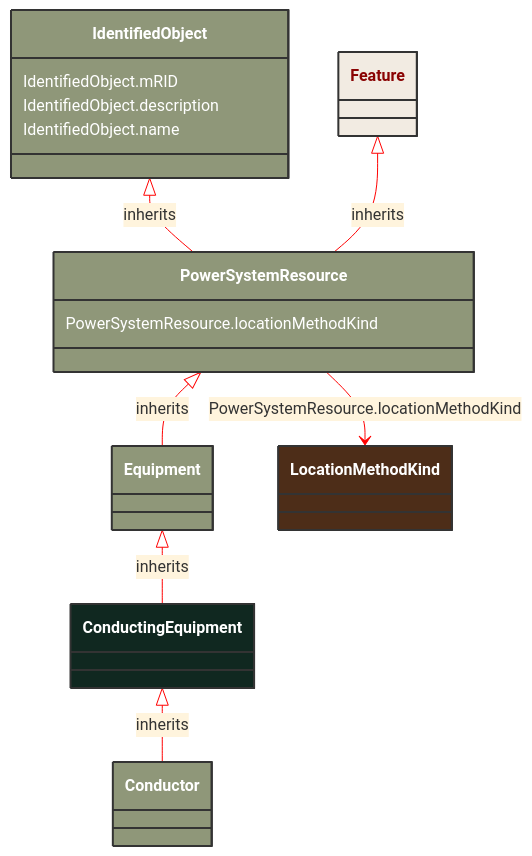
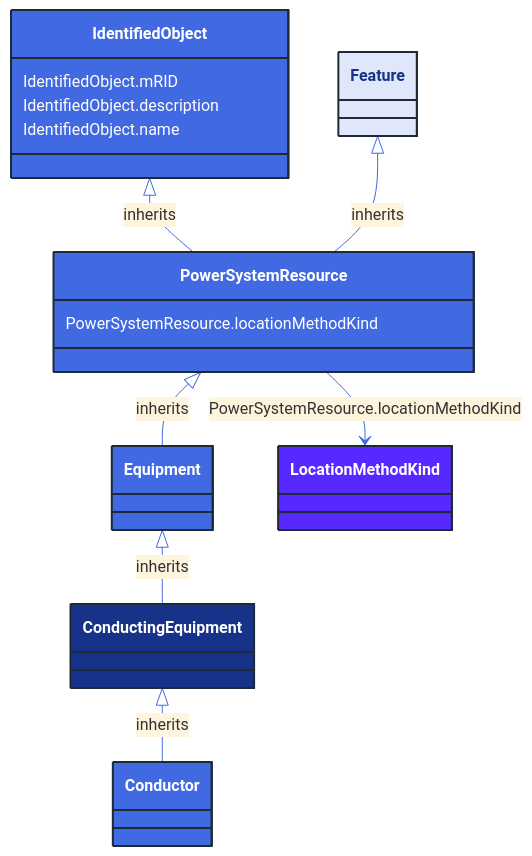
One commit to 3lbits/NoCIMExtensions changed the diagram in docs/Models/Profiles/AviationObstacle/AbstractClasses/ConductingEquipment.md. Above: the diagram before and after it, drawn with Mermaid. The commit also changed 362 other files, not shown here.

First line of the commit message:
Update diagrams and styles for improved visual consistency

````diff
--- a/docs/Models/Profiles/AviationObstacle/AbstractClasses/ConductingEquipment.md
+++ b/docs/Models/Profiles/AviationObstacle/AbstractClasses/ConductingEquipment.md
@@ -10,41 +10,41 @@
 ```mermaid
-%%{init: {'theme':'base','themeVariables': {'lineColor': '#FF0000'}}}%%
+%%{init: {'theme':'base','themeVariables': {'lineColor': '#4169E1'}}}%%
 classDiagram
     class ConductingEquipment
     click ConductingEquipment href "/Models/Profiles/AviationObstacle/AbstractClasses/ConductingEquipment/"
-    style ConductingEquipment fill:#102820,stroke:#333,stroke-width:2px,rx:10,ry:10,color:white
+    style ConductingEquipment fill:#163289,stroke:#1F2A37,stroke-width:2px,rx:10,ry:10,color:white
 
         ConductingEquipment <|-- Conductor : inherits
 
         Conductor
             click Conductor href "/Models/Profiles/AviationObstacle/AbstractClasses/Conductor/"
-            style Conductor fill:#8F9779,stroke:#333,stroke-width:2px,rx:10,ry:10,color:white
+            style Conductor fill:#4169E1,stroke:#1F2A37,stroke-width:2px,rx:10,ry:10,color:white
      
         Equipment <|-- ConductingEquipment : inherits
             click Equipment href "/Models/Profiles/AviationObstacle/AbstractClasses/Equipment/"
-            style Equipment fill:#8F9779,stroke:#333,stroke-width:2px,rx:10,ry:10,color:white
+            style Equipment fill:#4169E1,stroke:#1F2A37,stroke-width:2px,rx:10,ry:10,color:white
      
         PowerSystemResource <|-- Equipment : inherits
             click PowerSystemResource href "/Models/Profiles/AviationObstacle/AbstractClasses/PowerSystemResource/"
-            style PowerSystemResource fill:#8F9779,stroke:#333,stroke-width:2px,rx:10,ry:10,color:white
+            style PowerSystemResource fill:#4169E1,stroke:#1F2A37,stroke-width:2px,rx:10,ry:10,color:white
      
         IdentifiedObject <|-- PowerSystemResource : inherits
             click IdentifiedObject href "/Models/Profiles/AviationObstacle/AbstractClasses/IdentifiedObject/"
-            style IdentifiedObject fill:#8F9779,stroke:#333,stroke-width:2px,rx:10,ry:10,color:white
+            style IdentifiedObject fill:#4169E1,stroke:#1F2A37,stroke-width:2px,rx:10,ry:10,color:white
 
         Feature <|-- PowerSystemResource : inherits
             click Feature href "/Models/Profiles/AviationObstacle/AbstractClasses/Feature/"
-            style Feature fill:#F2EBE2,stroke:#333,stroke-width:2px,rx:10,ry:10,color:#8A0303
+            style Feature fill:#E0E7FA,stroke:#1F2A37,stroke-width:2px,rx:10,ry:10,color:#163289
 
 
         PowerSystemResource --> LocationMethodKind : PowerSystemResource.locationMethodKind
 
         LocationMethodKind
             click LocationMethodKind href "/Models/Profiles/AviationObstacle/Enumerations/LocationMethodKind/"
-            style LocationMethodKind fill:#4D2D18,stroke:#333,stroke-width:2px,rx:10,ry:10,color:white
+            style LocationMethodKind fill:#5729FF,stroke:#1F2A37,stroke-width:2px,rx:10,ry:10,color:white
 
         PowerSystemResource : PowerSystemResource.locationMethodKind
         IdentifiedObject : IdentifiedObject.mRID
         IdentifiedObject : IdentifiedObject.description
         IdentifiedObject : IdentifiedObject.name
 ```
````
